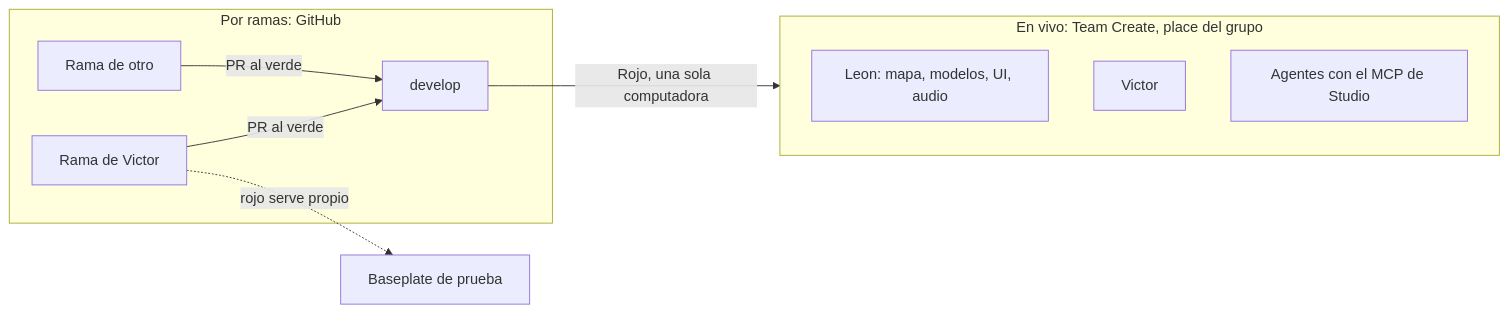
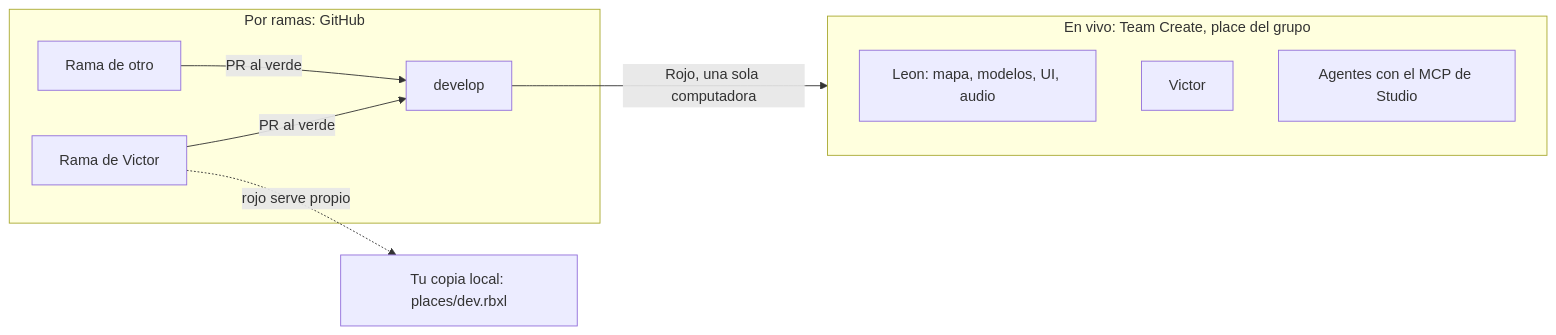
Before and after one commit to Nashei-Studios/studio: the diagram in docs/en-vivo-y-ramas.md, drawn with Mermaid. The commit also changed other lines of this file and 7 other files, not shown here.

````diff
--- a/docs/en-vivo-y-ramas.md
+++ b/docs/en-vivo-y-ramas.md
@@ -5,14 +5,14 @@
 ```mermaid
 flowchart LR
   subgraph Vivo["En vivo: Team Create, place del grupo"]
     L[Leon: mapa, modelos, UI, audio]
     V[Victor]
     A[Agentes con el MCP de Studio]
   end
   subgraph Ramas["Por ramas: GitHub"]
     R1[Rama de Victor] -->|PR al verde| D[develop]
     R2[Rama de otro] -->|PR al verde| D
   end
   D -->|Rojo, una sola computadora| Vivo
-  R1 -.->|rojo serve propio| B1[Baseplate de prueba]
+  R1 -.->|rojo serve propio| B1[Tu copia local: places/dev.rbxl]
 ```
````
